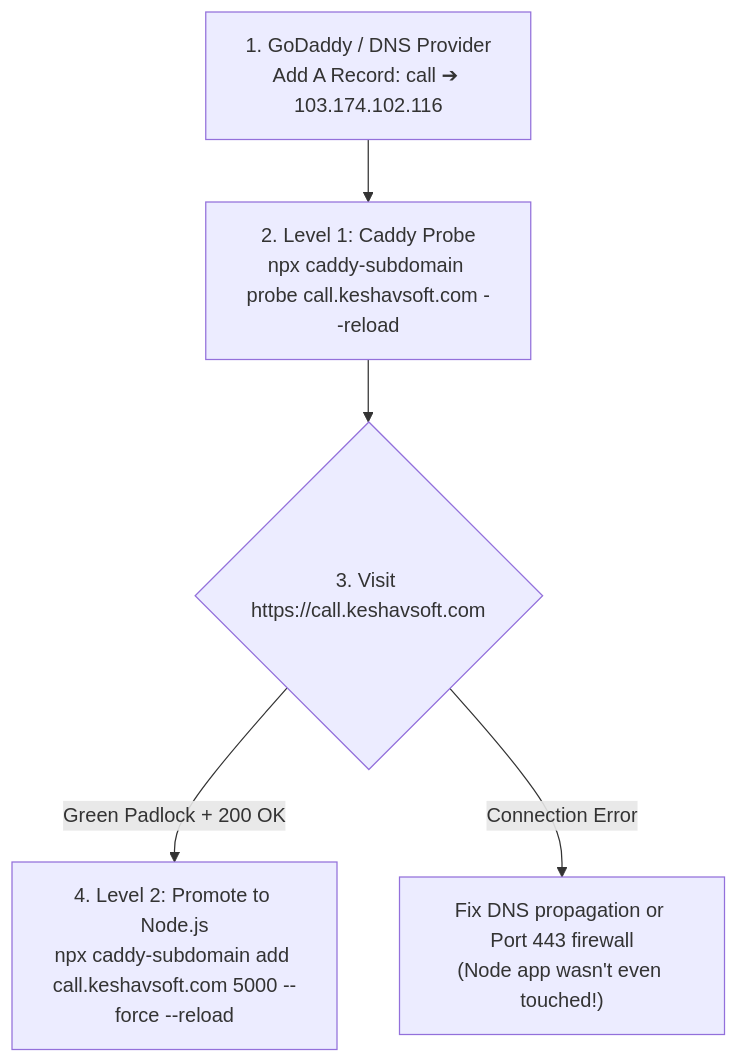
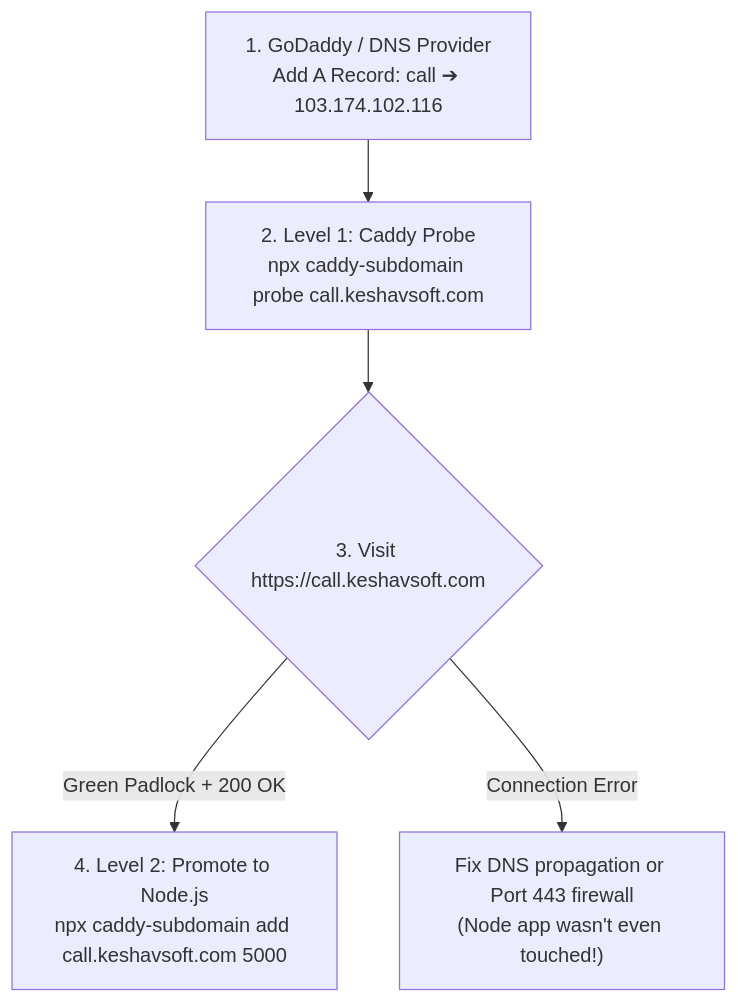
Before and after one commit to keshavsoft/caddy-subdomain: the diagram in README.md, drawn with Mermaid. The commit also changed other lines of this file and 7 other files, not shown here.

Commit message:
docs: simplify npx commands with auto-path discovery, auto-reload, and binary yes/no answers

````diff
--- a/README.md
+++ b/README.md
@@ -38,8 +38,8 @@
 ```mermaid
 flowchart TD
     DNS["1. GoDaddy / DNS Provider<br>Add A Record: call ➔ 103.174.102.116"] 
-    DNS --> Probe["2. Level 1: Caddy Probe<br>npx caddy-subdomain probe call.keshavsoft.com --reload"]
+    DNS --> Probe["2. Level 1: Caddy Probe<br>npx caddy-subdomain probe call.keshavsoft.com"]
     Probe --> Verify{"3. Visit https://call.keshavsoft.com"}
-    Verify -->|Green Padlock + 200 OK| Promoted["4. Level 2: Promote to Node.js<br>npx caddy-subdomain add call.keshavsoft.com 5000 --force --reload"]
+    Verify -->|Green Padlock + 200 OK| Promoted["4. Level 2: Promote to Node.js<br>npx caddy-subdomain add call.keshavsoft.com 5000"]
     Verify -->|Connection Error| FixDNS["Fix DNS propagation or Port 443 firewall<br>(Node app wasn't even touched!)"]
 ```
````
